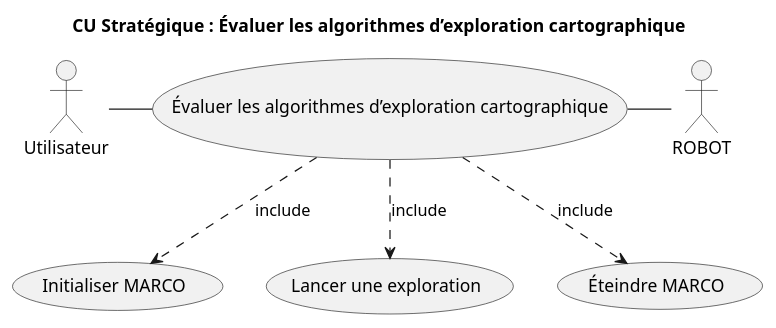
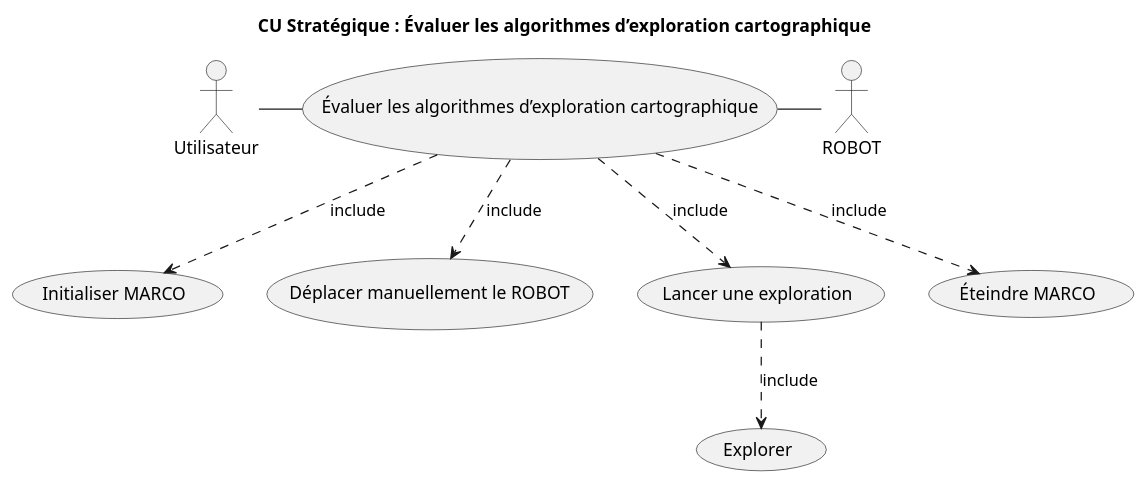
One commit to Larson-09/PATO_Project changed the diagram in Diagrammes UML/1.2.1 CU Stratégique/1.2.1 CU Stratégique.puml. Above: the diagram before and after it, drawn with PlantUML.

Commit message:
Update 1.2.1 CU Stratégique.puml

```diff
--- a/Diagrammes UML/1.2.1 CU Stratégique/1.2.1 CU Stratégique.puml
+++ b/Diagrammes UML/1.2.1 CU Stratégique/1.2.1 CU Stratégique.puml
@@ -1,17 +1,19 @@
 @startuml
 'https://plantuml.com/use-case-diagram
 
 title CU Stratégique : Évaluer les algorithmes d’exploration cartographique
 skinparam shadowing false
 
 
 
 Utilisateur as Utilisateur 
 ROBOT as ROBOT
 
 Utilisateur -right- (Évaluer les algorithmes d’exploration cartographique)
 ROBOT -left- (Évaluer les algorithmes d’exploration cartographique)
 (Évaluer les algorithmes d’exploration cartographique) -.> (Initialiser MARCO) : include
+(Évaluer les algorithmes d’exploration cartographique) -.> (Déplacer manuellement le ROBOT) : include
 (Évaluer les algorithmes d’exploration cartographique) -.> (Lancer une exploration) : include
+(Lancer une exploration) -.> (Explorer) : include
 (Évaluer les algorithmes d’exploration cartographique) -.> (Éteindre MARCO) : include
 @enduml
```
